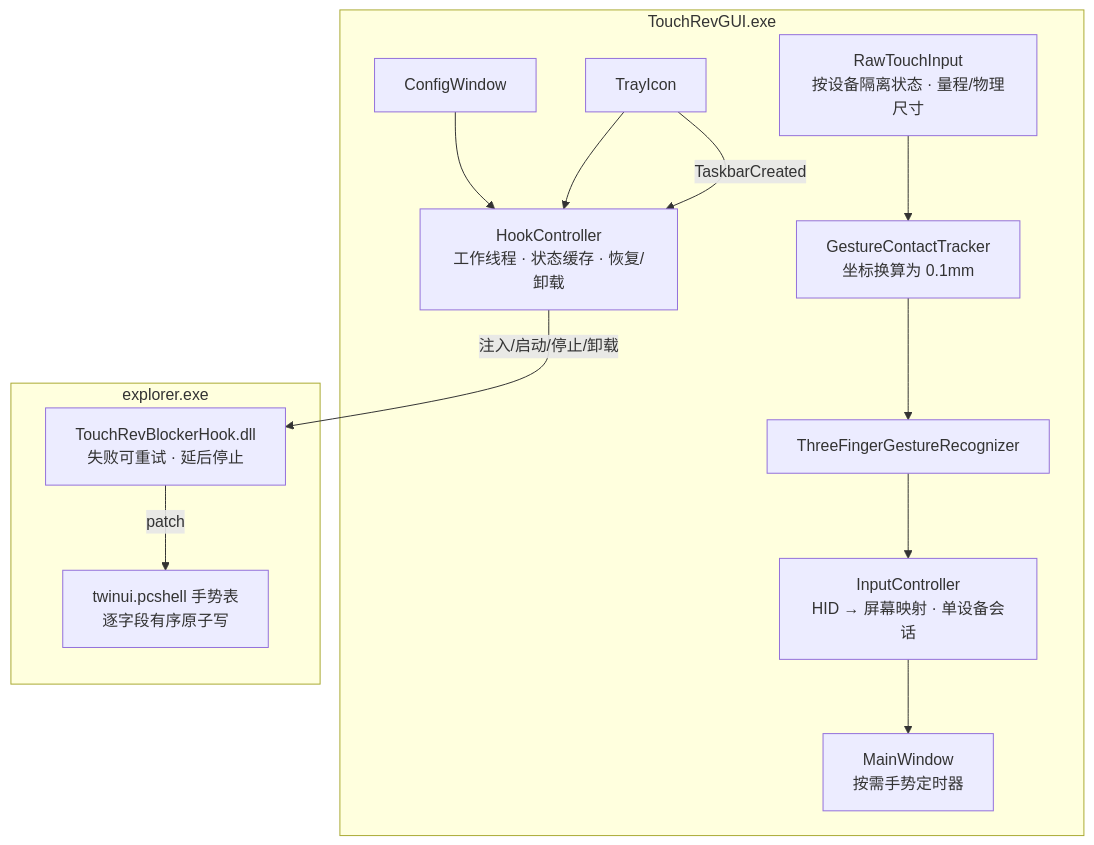
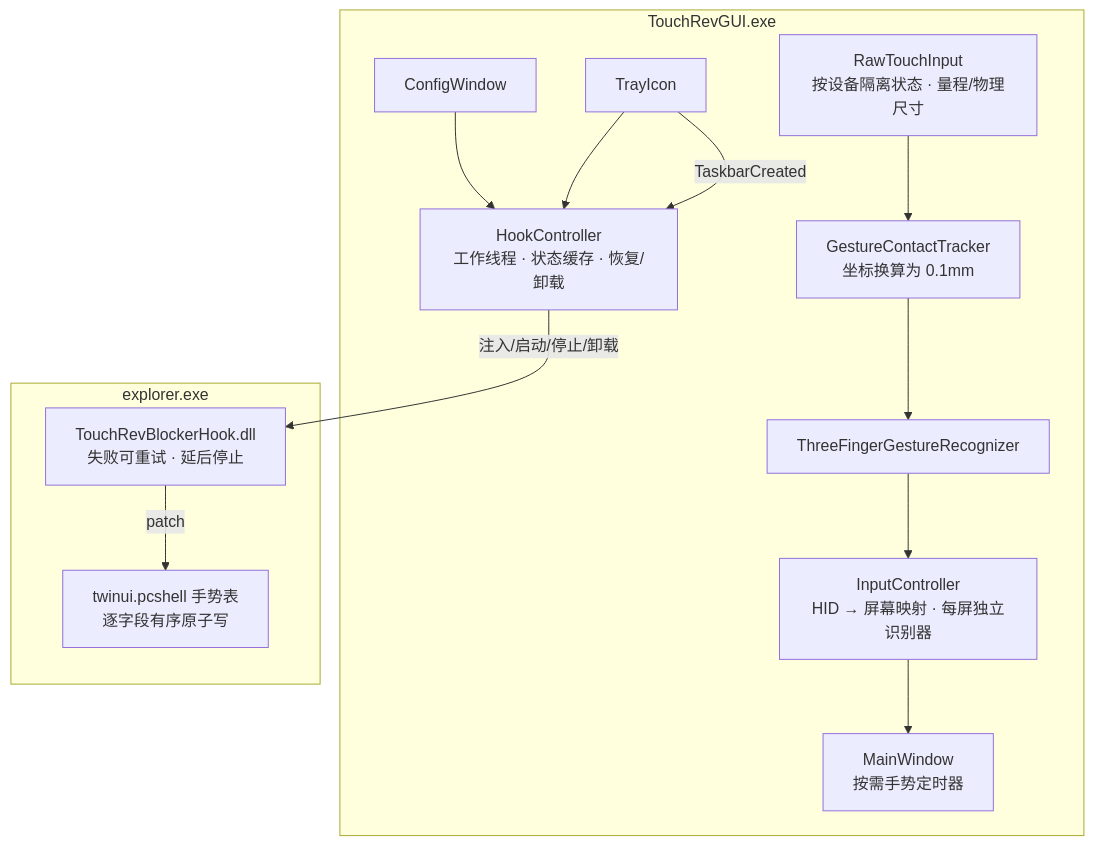
Before and after one commit to awarson2233/Touch-Rev: the first of 4 diagrams in docs/artifacts/软件问题分析.md, drawn with Mermaid. The commit also changed other lines of this file and 29 other files, not shown here.

````diff
--- a/docs/artifacts/软件问题分析.md
+++ b/docs/artifacts/软件问题分析.md
@@ -14,25 +14,25 @@
 ```mermaid
 flowchart TB
     subgraph GUI["TouchRevGUI.exe"]
         RAW["RawTouchInput<br/>按设备隔离状态 · 量程/物理尺寸"]
         GC["GestureContactTracker<br/>坐标换算为 0.1mm"]
         REC["ThreeFingerGestureRecognizer"]
-        IC["InputController<br/>HID → 屏幕映射 · 单设备会话"]
+        IC["InputController<br/>HID → 屏幕映射 · 每屏独立识别器"]
         MW["MainWindow<br/>按需手势定时器"]
         CW["ConfigWindow"]
         TRAY["TrayIcon"]
         HC["HookController<br/>工作线程 · 状态缓存 · 恢复/卸载"]
         RAW --> GC --> REC --> IC --> MW
         CW --> HC
         TRAY --> HC
         TRAY -->|TaskbarCreated| HC
     end
 
     subgraph EXP["explorer.exe"]
         DLL["TouchRevBlockerHook.dll<br/>失败可重试 · 延后停止"]
         TBL["twinui.pcshell 手势表<br/>逐字段有序原子写"]
         DLL -->|patch| TBL
     end
 
     HC -->|注入/启动/停止/卸载| DLL
 ```
````
